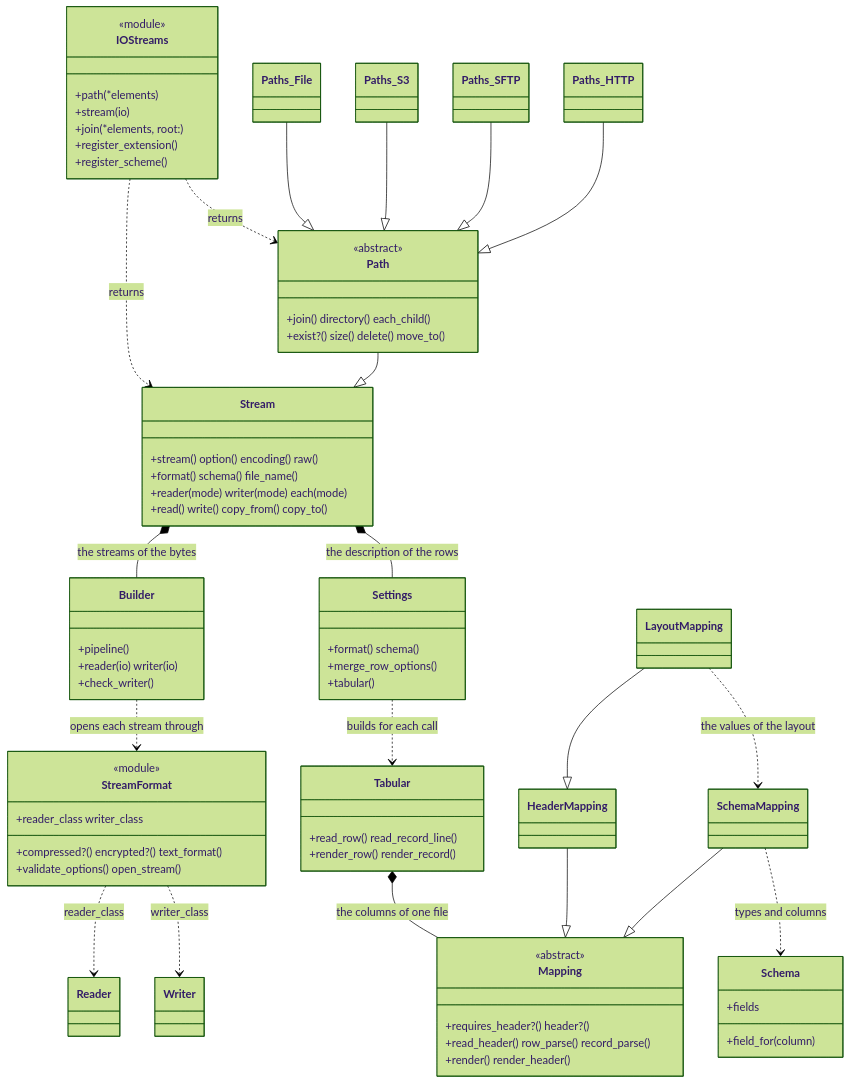
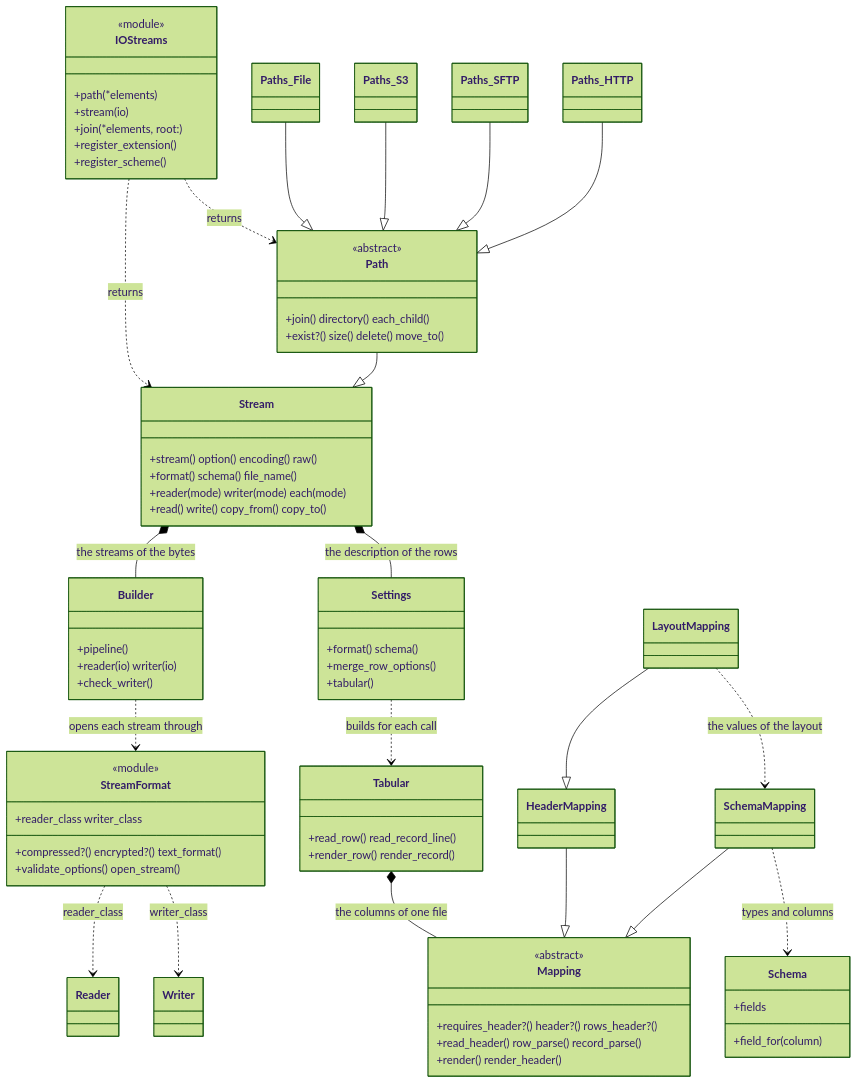
The diagram in CONTRIBUTING.md (reidmorrison/iostreams), drawn with Mermaid (forest theme) before and after one commit. The commit also changed other lines of this file and 8 other files, not shown here.

````diff
--- a/CONTRIBUTING.md
+++ b/CONTRIBUTING.md
@@ -160,72 +160,72 @@
 ```mermaid
 classDiagram
     class IOStreams {
         <<module>>
         +path(*elements)
         +stream(io)
         +join(*elements, root:)
         +register_extension()
         +register_scheme()
     }
     class Stream {
         +stream() option() encoding() raw()
         +format() schema() file_name()
         +reader(mode) writer(mode) each(mode)
         +read() write() copy_from() copy_to()
     }
     class Path {
         <<abstract>>
         +join() directory() each_child()
         +exist?() size() delete() move_to()
     }
     class Builder {
         +pipeline()
         +reader(io) writer(io)
         +check_writer()
     }
     class StreamFormat {
         <<module>>
         +reader_class writer_class
         +compressed?() encrypted?() text_format()
         +validate_options() open_stream()
     }
     class Settings {
         +format() schema()
         +merge_row_options()
         +tabular()
     }
     class Tabular {
         +read_row() read_record_line()
         +render_row() render_record()
     }
     class Mapping {
         <<abstract>>
-        +requires_header?() header?()
+        +requires_header?() header?() rows_header?()
         +read_header() row_parse() record_parse()
         +render() render_header()
     }
     class Schema {
         +fields
         +field_for(column)
     }
 
     IOStreams ..> Stream : returns
     IOStreams ..> Path : returns
     Path --|> Stream
     Paths_File --|> Path
     Paths_S3 --|> Path
     Paths_SFTP --|> Path
     Paths_HTTP --|> Path
     Stream *-- Builder : the streams of the bytes
     Stream *-- Settings : the description of the rows
     Settings ..> Tabular : builds for each call
     Builder ..> StreamFormat : opens each stream through
     StreamFormat ..> Reader : reader_class
     StreamFormat ..> Writer : writer_class
     Tabular *-- Mapping : the columns of one file
     HeaderMapping --|> Mapping
     SchemaMapping --|> Mapping
     LayoutMapping --|> HeaderMapping
     LayoutMapping ..> SchemaMapping : the values of the layout
     SchemaMapping ..> Schema : types and columns
 ```
````
